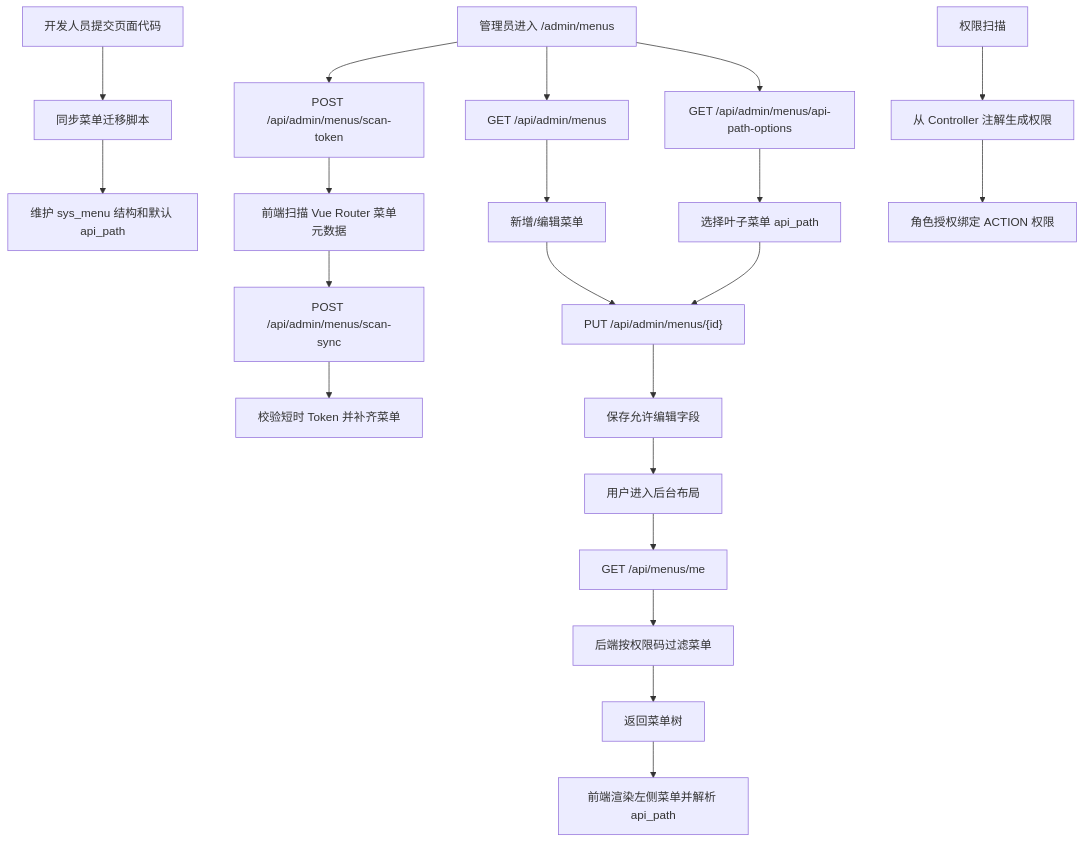
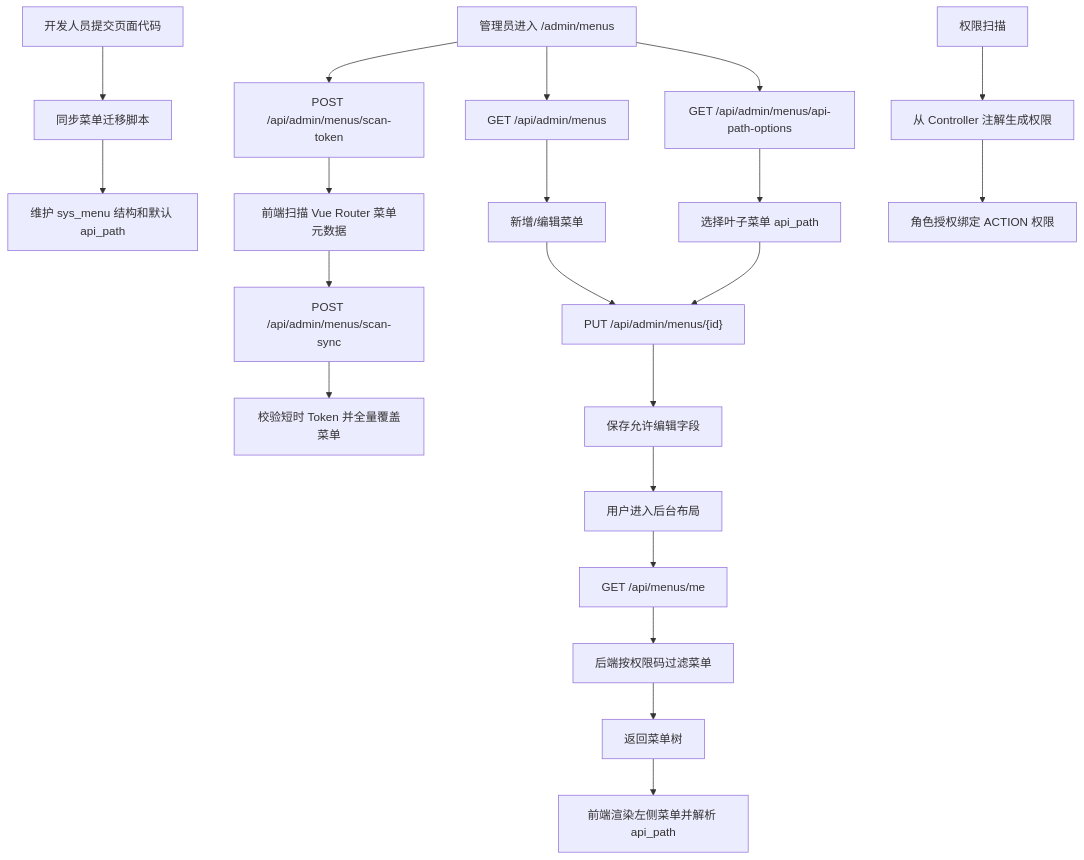
The diagram in docs/20260601172500_menu-management-flow.md (guokai2012/exam-ai), drawn with Mermaid before and after one commit. The commit also changed other lines of this file and 6 other files, not shown here.

````diff
--- a/docs/20260601172500_menu-management-flow.md
+++ b/docs/20260601172500_menu-management-flow.md
@@ -40,23 +42,23 @@
 ```mermaid
 flowchart TD
     A["开发人员提交页面代码"] --> B["同步菜单迁移脚本"]
     B --> C["维护 sys_menu 结构和默认 api_path"]
     D["管理员进入 /admin/menus"] --> E["GET /api/admin/menus"]
     D --> F["GET /api/admin/menus/api-path-options"]
     D --> S["POST /api/admin/menus/scan-token"]
     S --> T["前端扫描 Vue Router 菜单元数据"]
     T --> U["POST /api/admin/menus/scan-sync"]
-    U --> V["校验短时 Token 并补齐菜单"]
+    U --> V["校验短时 Token 并全量覆盖菜单"]
     E --> G["新增/编辑菜单"]
     F --> H["选择叶子菜单 api_path"]
     G --> I["PUT /api/admin/menus/{id}"]
     H --> I
     I --> J["保存允许编辑字段"]
     K["权限扫描"] --> L["从 Controller 注解生成权限"]
     L --> M["角色授权绑定 ACTION 权限"]
     J --> N["用户进入后台布局"]
     N --> O["GET /api/menus/me"]
     O --> P["后端按权限码过滤菜单"]
     P --> Q["返回菜单树"]
     Q --> R["前端渲染左侧菜单并解析 api_path"]
 ```
````
